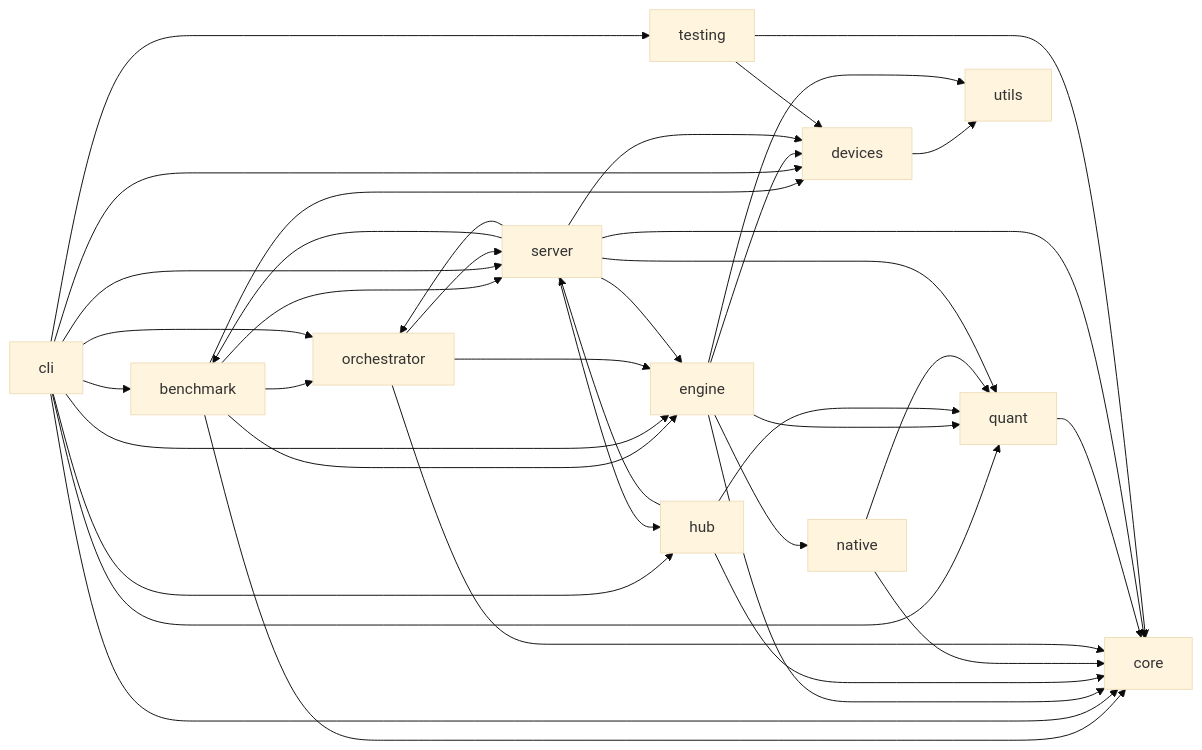
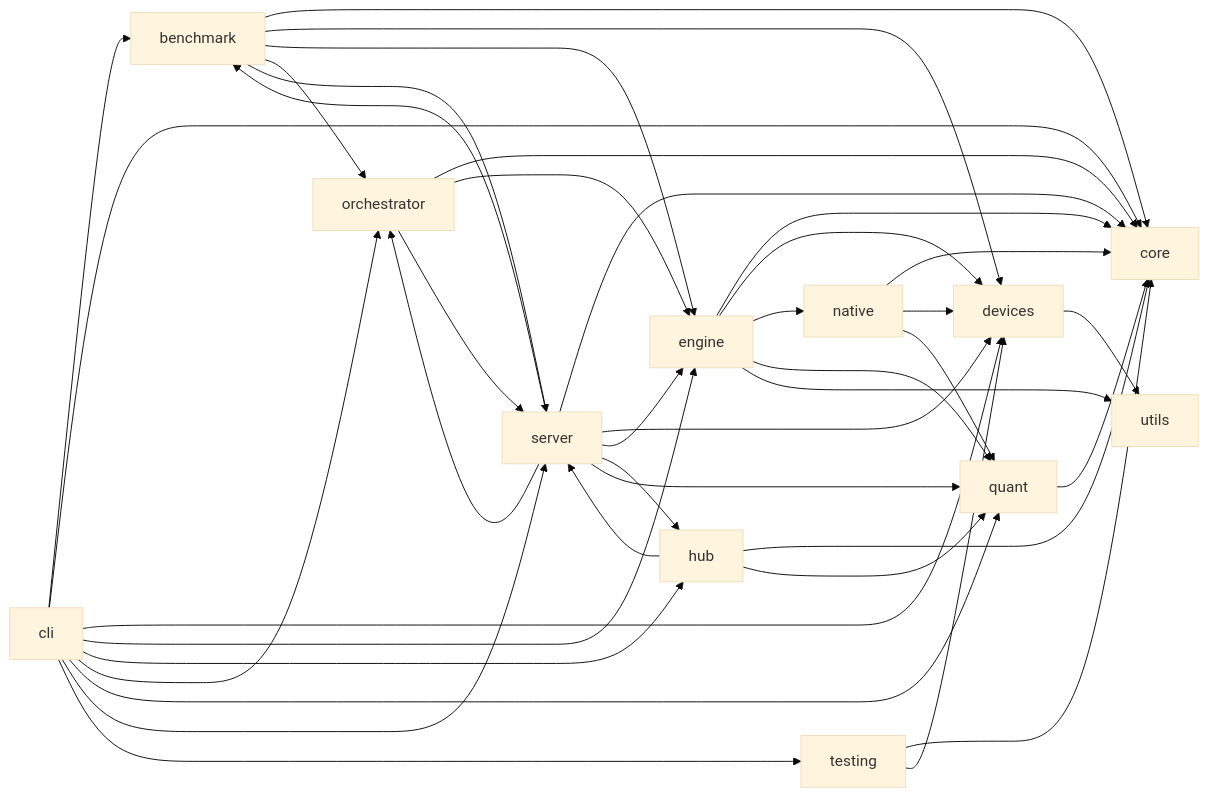
The second of 2 diagrams in uml/package_diagram.md (techdeveloper-org/intel-arc-models-runner), drawn with Mermaid (base theme) before and after one commit. The commit also changed other lines of this file and 48 other files, not shown here.

````diff
--- a/uml/package_diagram.md
+++ b/uml/package_diagram.md
@@ -58,53 +58,54 @@
 ```mermaid
 flowchart LR
     benchmark["benchmark"]
     cli["cli"]
     core["core"]
     devices["devices"]
     engine["engine"]
     hub["hub"]
     native["native"]
     orchestrator["orchestrator"]
     quant["quant"]
     server["server"]
     testing["testing"]
     utils["utils"]
     benchmark --> core
     benchmark --> devices
     benchmark --> engine
     benchmark --> orchestrator
     benchmark --> server
     cli --> benchmark
     cli --> core
     cli --> devices
     cli --> engine
     cli --> hub
     cli --> orchestrator
     cli --> quant
     cli --> server
     cli --> testing
     devices --> utils
     engine --> core
     engine --> devices
     engine --> native
     engine --> quant
     engine --> utils
     hub --> core
     hub --> quant
     hub --> server
     native --> core
+    native --> devices
     native --> quant
     orchestrator --> core
     orchestrator --> engine
     orchestrator --> server
     quant --> core
     server --> benchmark
     server --> core
     server --> devices
     server --> engine
     server --> hub
     server --> orchestrator
     server --> quant
     testing --> core
     testing --> devices
 ```
````
